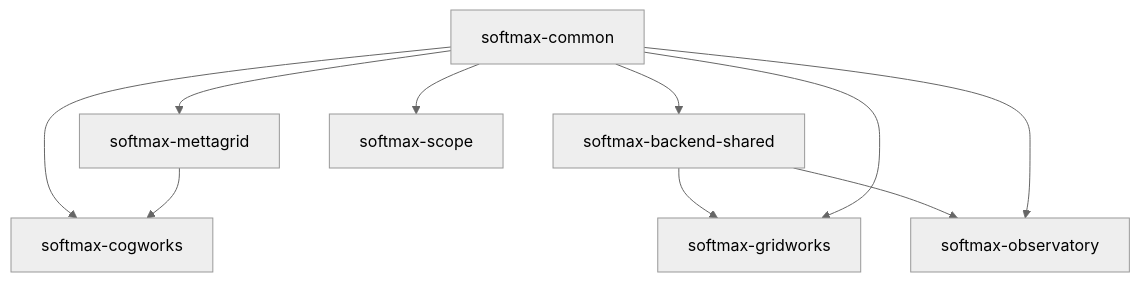
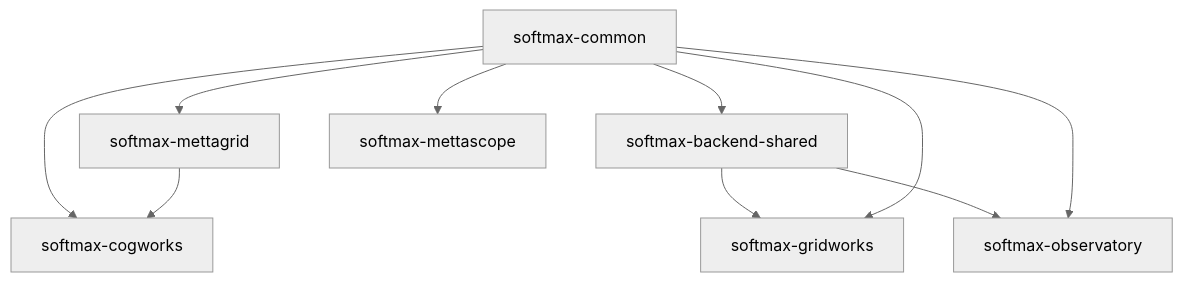
One commit to Metta-AI/metta changed the diagram in REPO_ORGANIZATION.md. Above: the diagram before and after it, drawn with Mermaid (neutral theme).

````diff
--- a/REPO_ORGANIZATION.md
+++ b/REPO_ORGANIZATION.md
@@ -382,12 +382,12 @@
 ```mermaid
 graph TD
     A[softmax-common] --> B[softmax-mettagrid]
     A --> C[softmax-cogworks]
     B --> C
     A --> D[softmax-backend-shared]
     D --> E[softmax-gridworks]
     D --> F[softmax-observatory]
     A --> E
     A --> F
-    A --> G[softmax-scope]
+    A --> G[softmax-mettascope]
 ```
````
